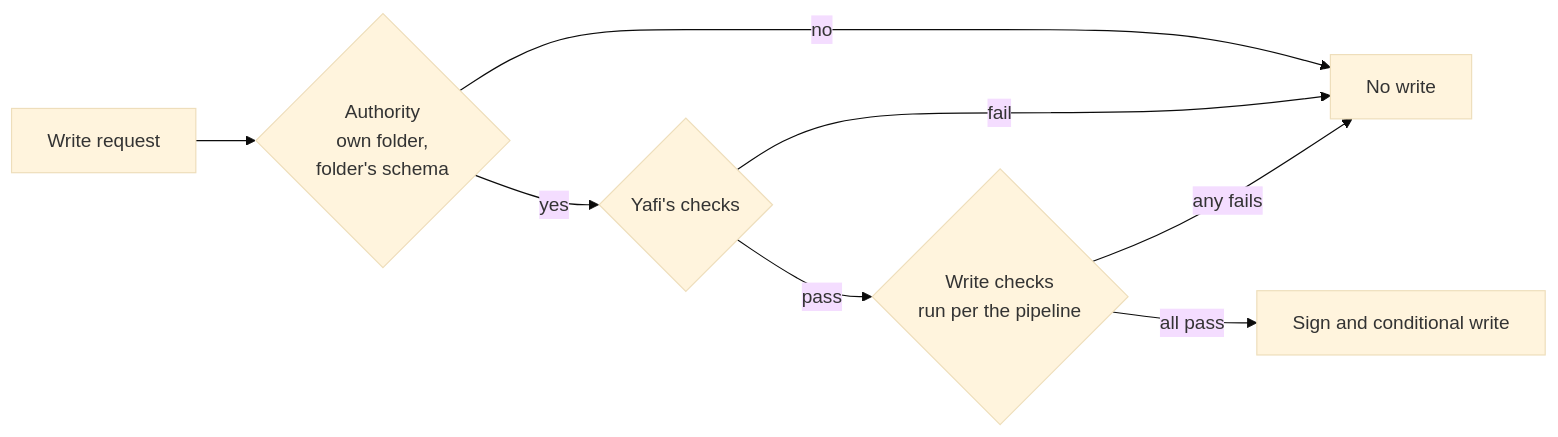
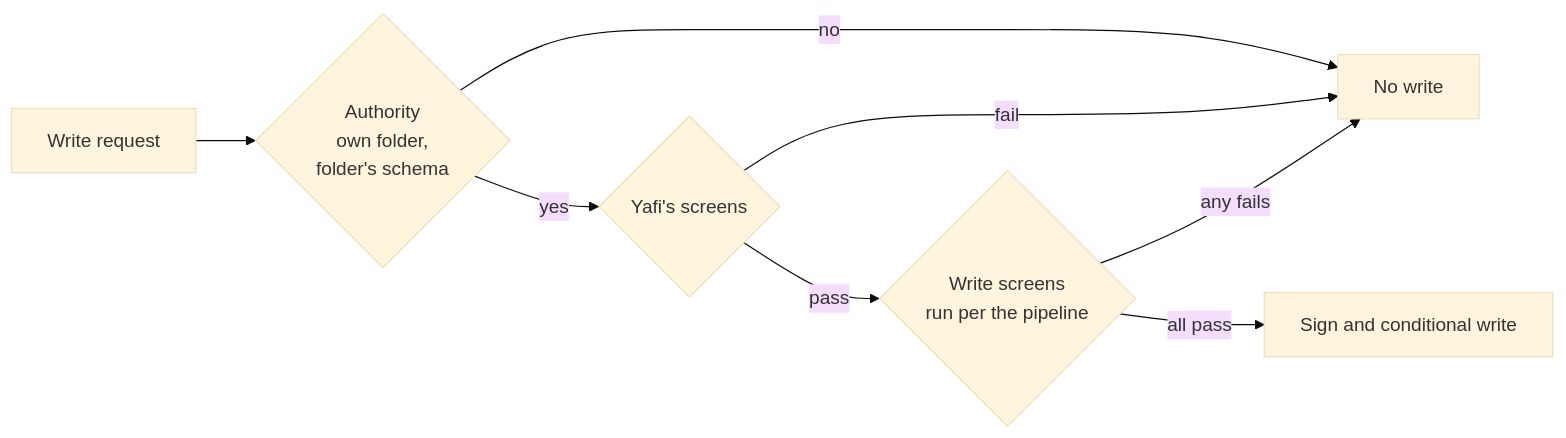
One commit to bristweb/yafidb changed the second of 5 diagrams in docs/architecture.md. Above: the diagram before and after it, drawn with Mermaid (base theme). The commit also changed other lines of this file and 29 other files, not shown here.

````diff
--- a/docs/architecture.md
+++ b/docs/architecture.md
@@ -82,10 +82,10 @@
 ```mermaid
 flowchart LR
     R[Write request] --> A{Authority<br/>own folder,<br/>folder's schema}
     A -->|no| X[No write]
-    A -->|yes| Y{Yafi's checks}
+    A -->|yes| Y{Yafi's screens}
     Y -->|fail| X
-    Y -->|pass| C{Write checks<br/>run per the pipeline}
+    Y -->|pass| C{Write screens<br/>run per the pipeline}
     C -->|any fails| X
     C -->|all pass| S[Sign and conditional write]
 ```
````
